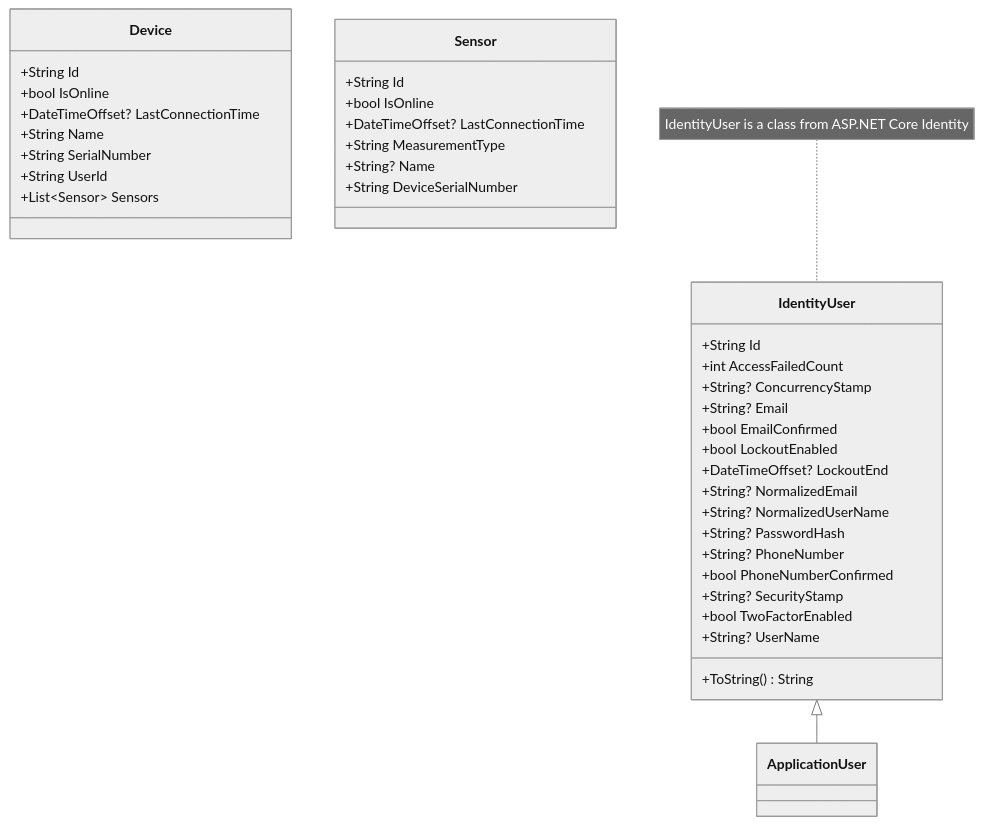
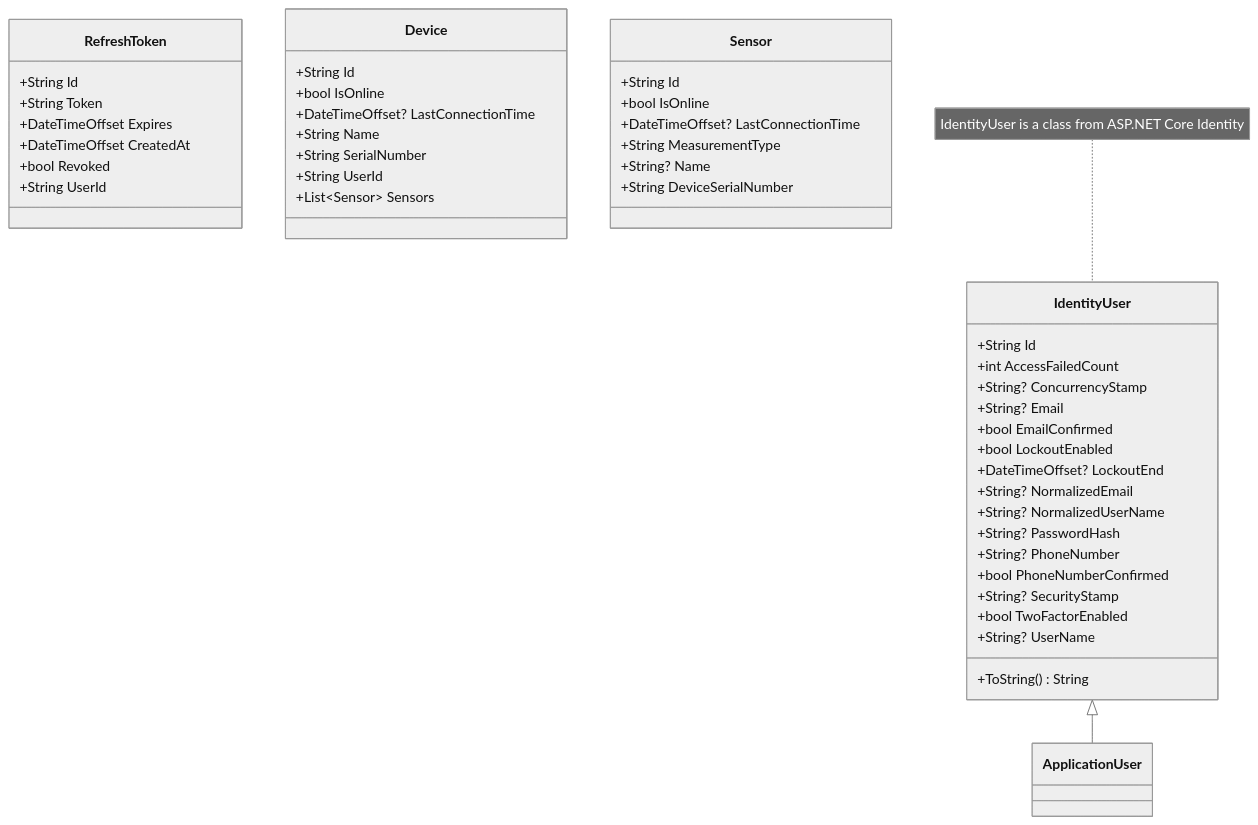
The first of 2 diagrams in README.md (paavkar/IoTDeviceManager), drawn with Mermaid (neutral theme) before and after one commit. The commit also changed 17 other files, not shown here.

````diff
--- a/README.md
+++ b/README.md
@@ -16,49 +16,58 @@
 ```mermaid
 classDiagram
 IdentityUser <|-- ApplicationUser
 
 note for IdentityUser "IdentityUser is a class from ASP.NET Core Identity"
 
 class IdentityUser {
     +String Id
     +int AccessFailedCount
     +String? ConcurrencyStamp
     +String? Email
     +bool EmailConfirmed
     +bool LockoutEnabled
     +DateTimeOffset? LockoutEnd
     +String? NormalizedEmail
     +String? NormalizedUserName
     +String? PasswordHash
     +String? PhoneNumber
     +bool PhoneNumberConfirmed
     +String? SecurityStamp
     +bool TwoFactorEnabled
     +String? UserName
 
     +ToString() String
 }
 
 class ApplicationUser
 
+class RefreshToken {
+    +String Id
+    +String Token
+    +DateTimeOffset Expires
+    +DateTimeOffset CreatedAt
+    +bool Revoked
+    +String UserId
+}
+
 class Device {
     +String Id
     +bool IsOnline
     +DateTimeOffset? LastConnectionTime
     +String Name
     +String SerialNumber
     +String UserId
 
     +List~Sensor~ Sensors
 }
 
 class Sensor {
     +String Id
     +bool IsOnline
     +DateTimeOffset? LastConnectionTime
     +String MeasurementType
     +String? Name
 
     +String DeviceSerialNumber
 }
 ```
````
